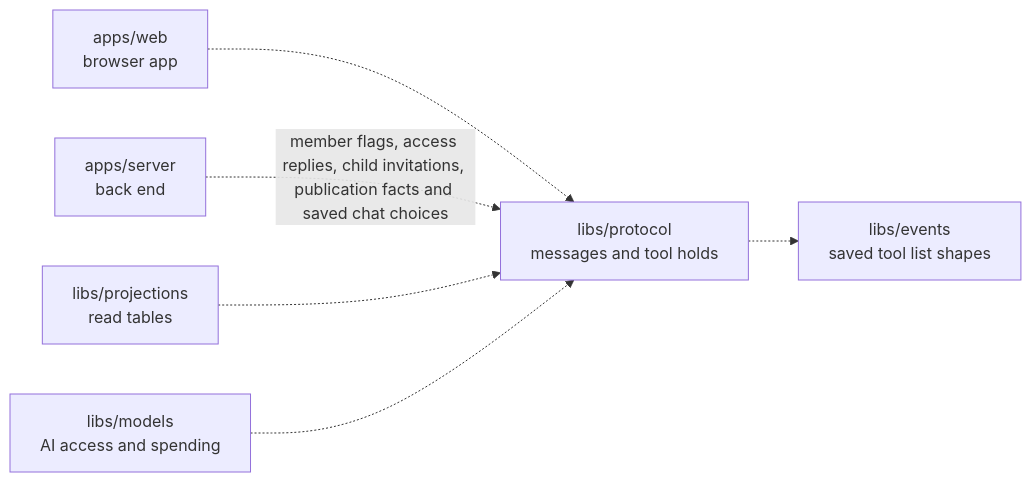
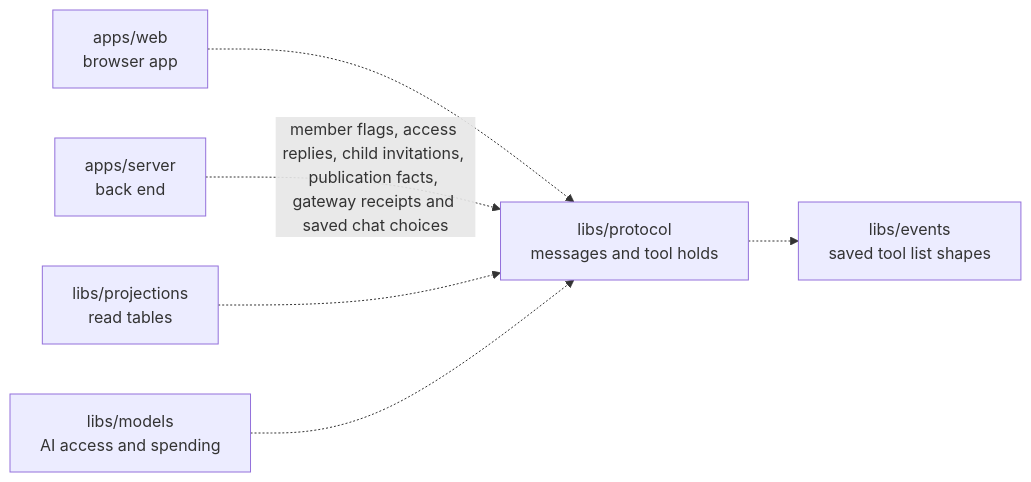
Before and after one commit to elewa-git/opencrane-new: the diagram in libs/protocol/README.md, drawn with Mermaid. The commit also changed other lines of this file and 22 other files, not shown here.

Commit message:
📡 Save one live gateway receipt for each tool publication

````diff
--- a/libs/protocol/README.md
+++ b/libs/protocol/README.md
@@ -11,8 +11,8 @@
 ```mermaid
 flowchart LR
   web["apps/web<br/>browser app"] -.-> protocol["libs/protocol<br/>messages and tool holds"]
-  server["apps/server<br/>back end"] -.->|member flags, access replies, child invitations, publication facts and saved chat choices| protocol
+  server["apps/server<br/>back end"] -.->|member flags, access replies, child invitations, publication facts, gateway receipts and saved chat choices| protocol
   projections["libs/projections<br/>read tables"] -.-> protocol
   models["libs/models<br/>AI access and spending"] -.-> protocol
   protocol -.-> events["libs/events<br/>saved tool list shapes"]
 ```
````
